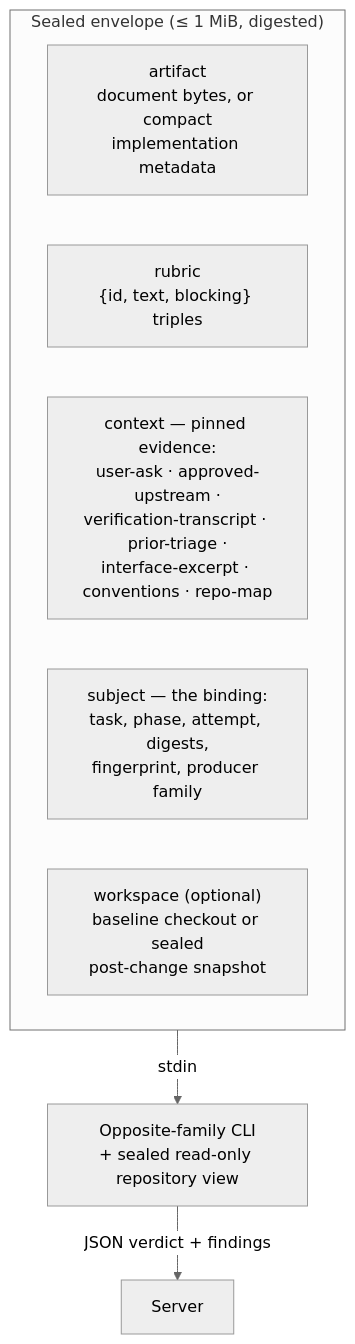
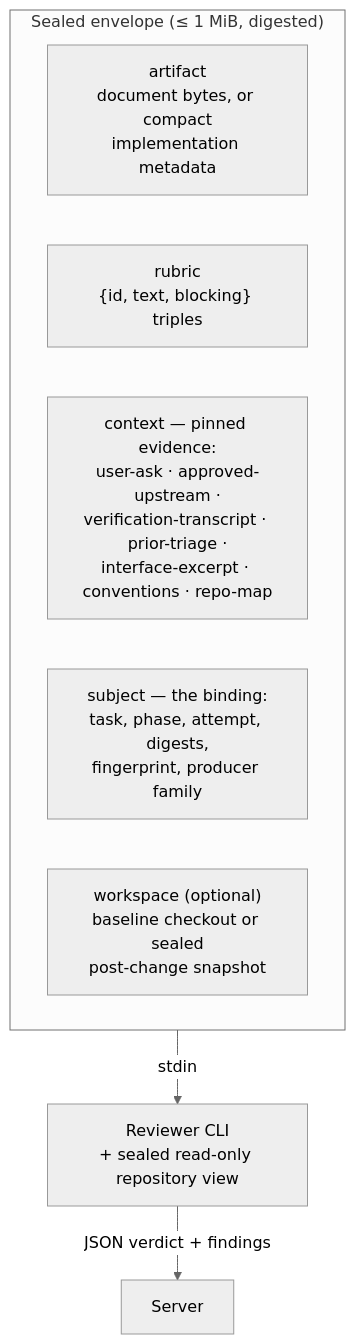
Before and after one commit to Aroton/ArchflowV2: the first of 2 diagrams in docs/review/COUNTER-REVIEW.md, drawn with Mermaid (neutral theme). The commit also changed other lines of this file and 181 other files, not shown here.

````diff
--- a/docs/review/COUNTER-REVIEW.md
+++ b/docs/review/COUNTER-REVIEW.md
@@ -11,12 +11,12 @@
 ```mermaid
 flowchart TB
     subgraph ENV["Sealed envelope (≤ 1 MiB, digested)"]
         A["artifact<br/>document bytes, or compact<br/>implementation metadata"]
         R["rubric<br/>{id, text, blocking} triples"]
         C["context — pinned evidence:<br/>user-ask · approved-upstream ·<br/>verification-transcript · prior-triage ·<br/>interface-excerpt · conventions · repo-map"]
         S["subject — the binding:<br/>task, phase, attempt, digests,<br/>fingerprint, producer family"]
         W["workspace (optional)<br/>baseline checkout or sealed<br/>post-change snapshot"]
     end
-    ENV -->|stdin| Child["Opposite-family CLI<br/>+ sealed read-only repository view"]
+    ENV -->|stdin| Child["Reviewer CLI<br/>+ sealed read-only repository view"]
     Child -->|JSON verdict + findings| Server
 ```
````
